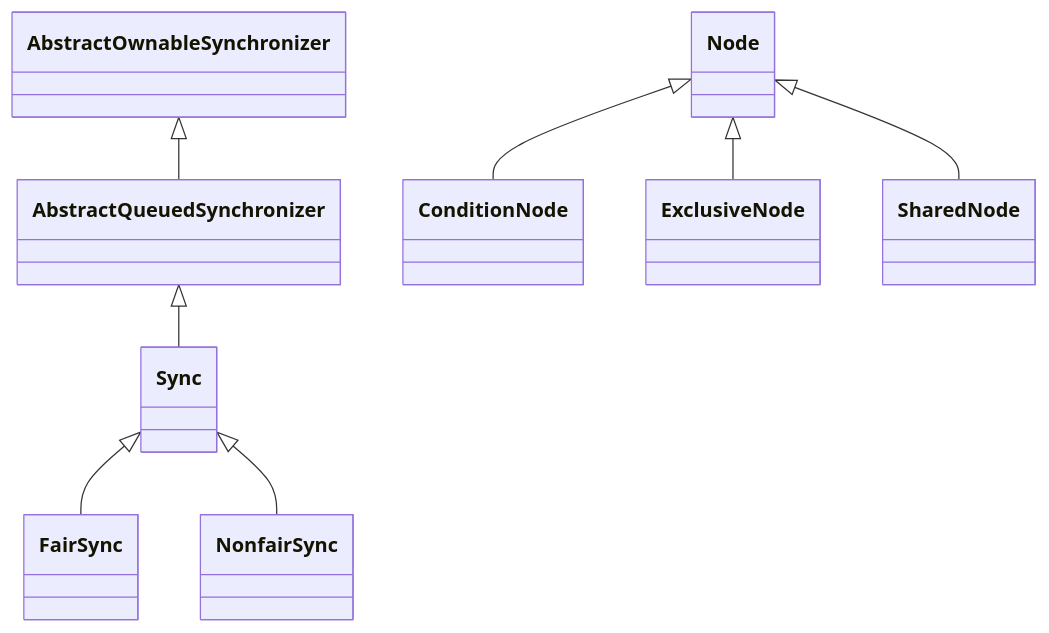
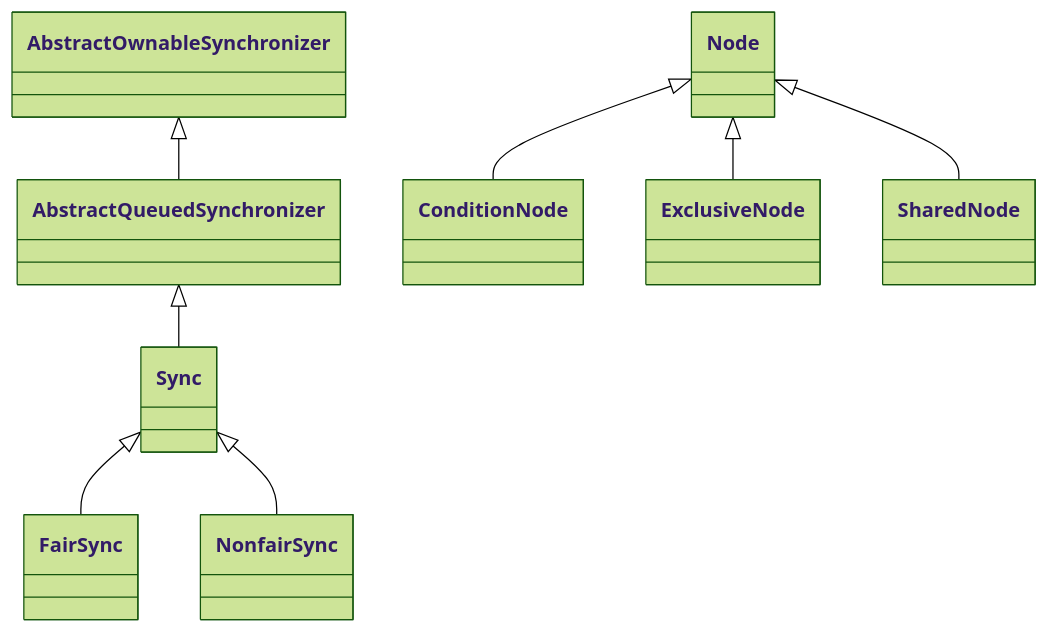
Before and after one commit to xiayiping/spring-all: the diagram in README.md, drawn with Mermaid. The commit also changed 6 other files, not shown here.

````diff
--- a/README.md
+++ b/README.md
@@ -262,12 +262,13 @@
 ```mermaid
+%%{init: {'theme': 'forest', "flowchart" : { "curve" : "basis" } } }%%
 classDiagram
 
   AbstractOwnableSynchronizer <|-- AbstractQueuedSynchronizer
   AbstractQueuedSynchronizer  <|-- Sync
   Sync  <|-- FairSync
   Sync  <|-- NonfairSync
   
   Node <|-- ConditionNode
   Node <|-- ExclusiveNode
   Node <|-- SharedNode
 ```
````
